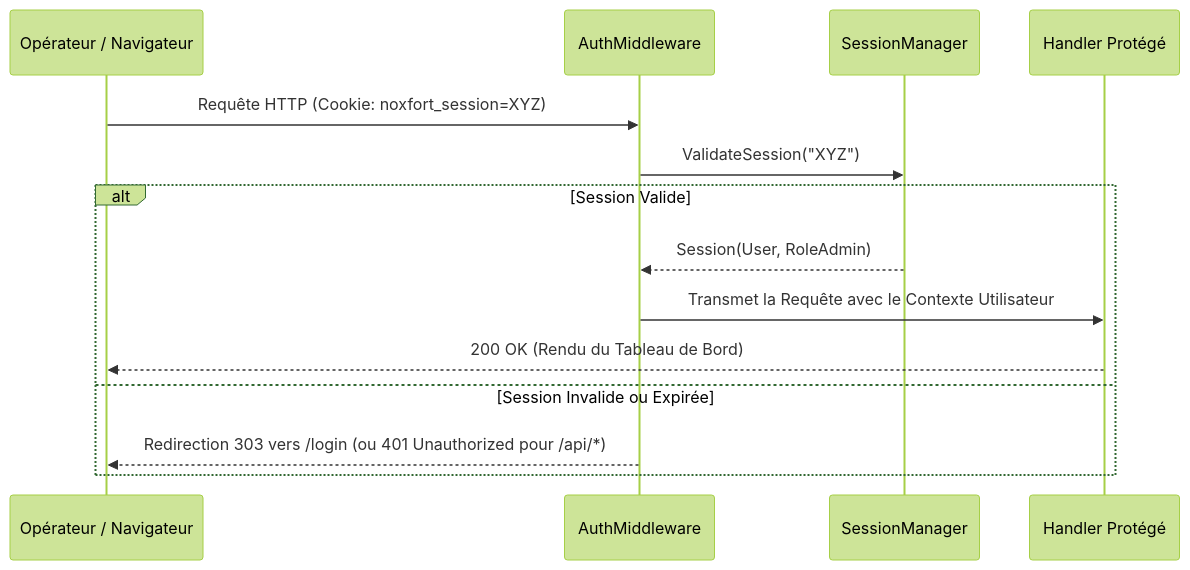
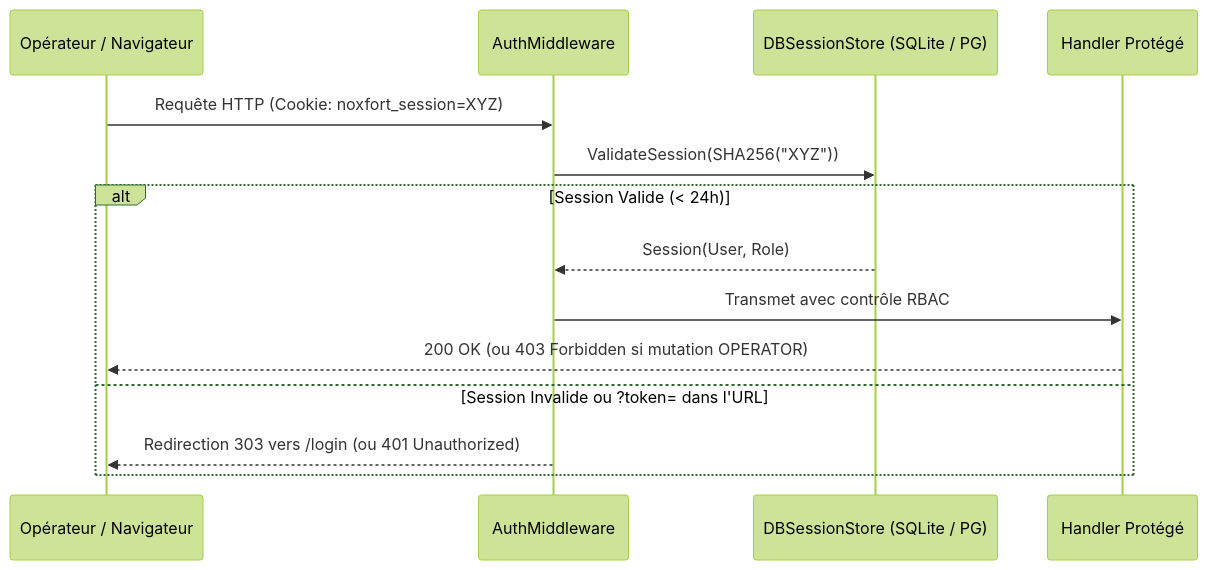
Before and after one commit to Noxfort-Systems-Brazil/MONITOR: the diagram in docs/fr/security.md, drawn with Mermaid (forest theme). The commit also changed other lines of this file and 186 other files, not shown here.

````diff
--- a/docs/fr/security.md
+++ b/docs/fr/security.md
@@ -50,17 +35,17 @@
 ```mermaid
 sequenceDiagram
     participant User as Opérateur / Navigateur
     participant MW as AuthMiddleware
-    participant SM as SessionManager
+    participant SM as DBSessionStore (SQLite / PG)
     participant App as Handler Protégé
 
     User->>MW: Requête HTTP (Cookie: noxfort_session=XYZ)
-    MW->>SM: ValidateSession("XYZ")
-    alt Session Valide
-        SM-->>MW: Session(User, RoleAdmin)
-        MW->>App: Transmet la Requête avec le Contexte Utilisateur
-        App-->>User: 200 OK (Rendu du Tableau de Bord)
-    else Session Invalide ou Expirée
-        MW-->>User: Redirection 303 vers /login (ou 401 Unauthorized pour /api/*)
+    MW->>SM: ValidateSession(SHA256("XYZ"))
+    alt Session Valide (< 24h)
+        SM-->>MW: Session(User, Role)
+        MW->>App: Transmet avec contrôle RBAC
+        App-->>User: 200 OK (ou 403 Forbidden si mutation OPERATOR)
+    else Session Invalide ou ?token= dans l'URL
+        MW-->>User: Redirection 303 vers /login (ou 401 Unauthorized)
     end
 ```
````
